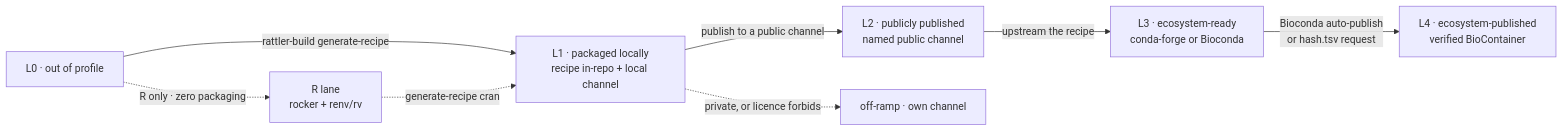
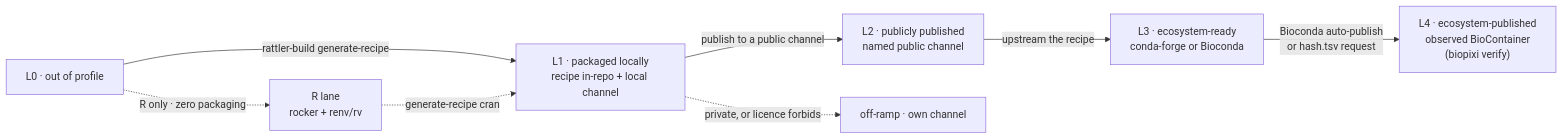
Before and after one commit to jmchilton/biopixi: the diagram in README.md, drawn with Mermaid. The commit also changed other lines of this file and 20 other files, not shown here.

First line of the commit message:
Make L4 require an observed container

````diff
--- a/README.md
+++ b/README.md
@@ -107,11 +110,11 @@
 ```mermaid
 flowchart LR
     L0["L0 · out of profile"] -- "rattler-build generate-recipe" --> L1
     L1["L1 · packaged locally<br/>recipe in-repo + local channel"] -- "publish to a public channel" --> L2
     L2["L2 · publicly published<br/>named public channel"] -- "upstream the recipe" --> L3
     L3["L3 · ecosystem-ready<br/>conda-forge or Bioconda"] -- "Bioconda auto-publish<br/>or hash.tsv request" --> L4
-    L4["L4 · ecosystem-published<br/>verified BioContainer"]
+    L4["L4 · ecosystem-published<br/>observed BioContainer<br/>(biopixi verify)"]
     L0 -. "R only · zero packaging" .-> RL["R lane<br/>rocker + renv/rv"]
     RL -. "generate-recipe cran" .-> L1
     L1 -. "private, or licence forbids" .-> OFF["off-ramp · own channel"]
 ```
````
